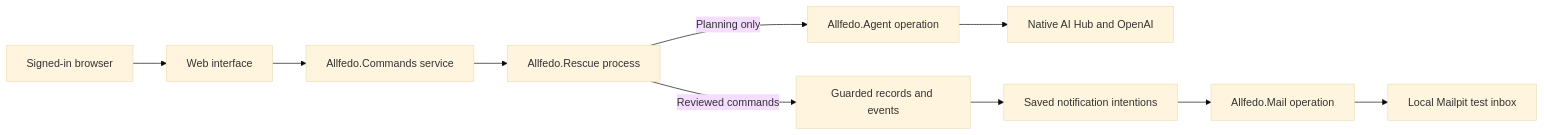
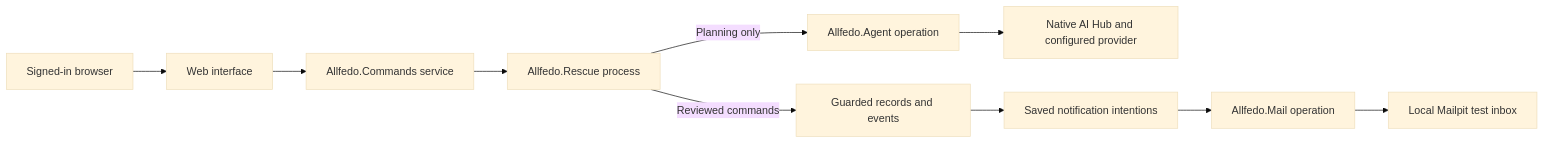
Before and after one commit to snowsadh/iris: the diagram in doc/ARCHITECTURE.md, drawn with Mermaid (base theme). The commit also changed other lines of this file and 31 other files, not shown here.

````diff
--- a/doc/ARCHITECTURE.md
+++ b/doc/ARCHITECTURE.md
@@ -11,12 +11,12 @@
 ```mermaid
 flowchart LR
   Browser[Signed-in browser] --> API[Web interface]
   API --> Commands[Allfedo.Commands service]
   Commands --> Rescue[Allfedo.Rescue process]
   Rescue -->|Planning only| Agent[Allfedo.Agent operation]
-  Agent --> Hub[Native AI Hub and OpenAI]
+  Agent --> Hub[Native AI Hub and configured provider]
   Rescue -->|Reviewed commands| Records[Guarded records and events]
   Records --> Outbox[Saved notification intentions]
   Outbox --> Mail[Allfedo.Mail operation]
   Mail --> Inbox[Local Mailpit test inbox]
 ```
````
